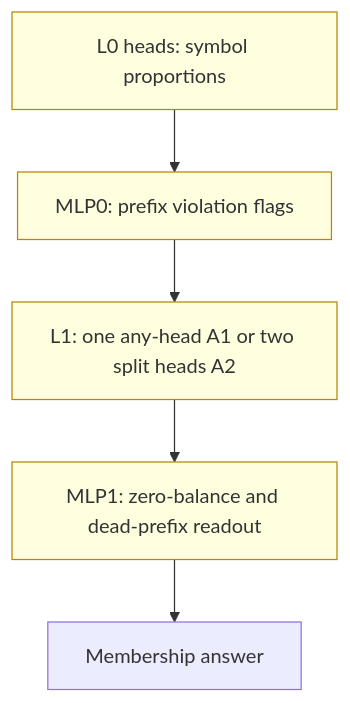
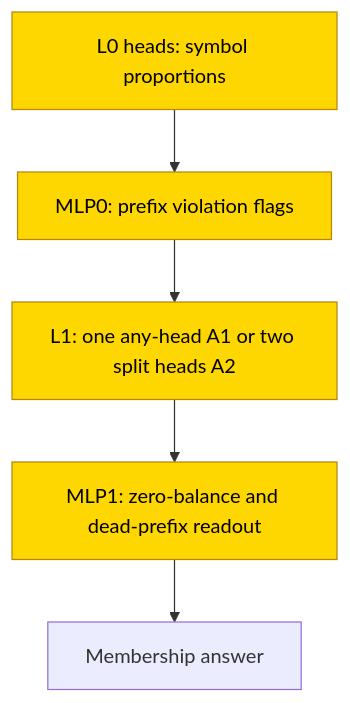
One commit to jc1122/mechanistic-interpretability-circuit-atlas changed the second of 2 diagrams in entries/counter-languages.md. Above: the diagram before and after it, drawn with Mermaid. The commit also changed other lines of this file and 40 other files, not shown here.

First line of the commit message:
Cold-reader pass on all 41 entries: reading routes, first-screen scopes, accessible diagrams, verified headline sources (ux_reader1/2)

````diff
--- a/entries/counter-languages.md
+++ b/entries/counter-languages.md
@@ -110,9 +116,11 @@
 ```mermaid
 flowchart TD
+    accTitle: Trained proportion and violation readout families
+    accDescr: Trained symbol-proportion heads feed prefix flags, which pass through either a single any-violation head or a split-head route to the final membership readout. All computational nodes are trained. The reference-keyed table is verified only on the stated passing seeds; the exception is sufficient readout only because its complement fails. Probe-keyed substitution is separately imperfect.
   A["L0 heads: symbol proportions"] --> B["MLP0: prefix violation flags"]
   B --> C["L1: one any-head A1 or two split heads A2"]
   C --> D["MLP1: zero-balance and dead-prefix readout"]
   D --> E["Membership answer"]
-  classDef trained fill:lightyellow,stroke:darkgoldenrod
+  classDef trained fill:gold,stroke:darkgoldenrod,color:black
   class A,B,C,D trained
 ```
````
